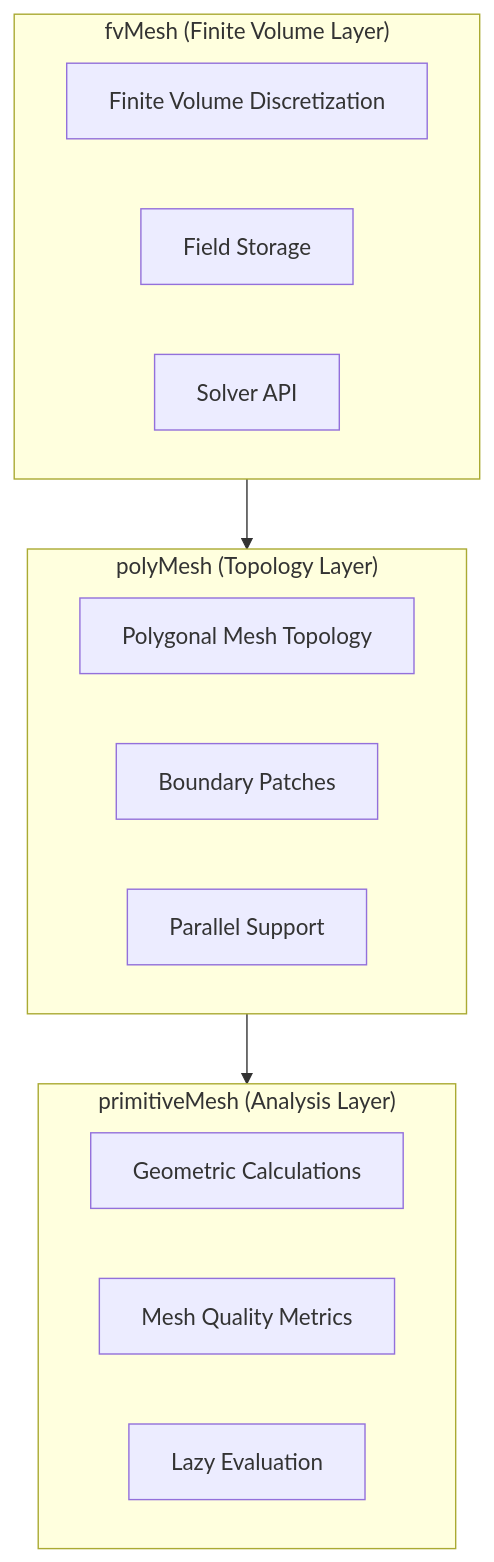
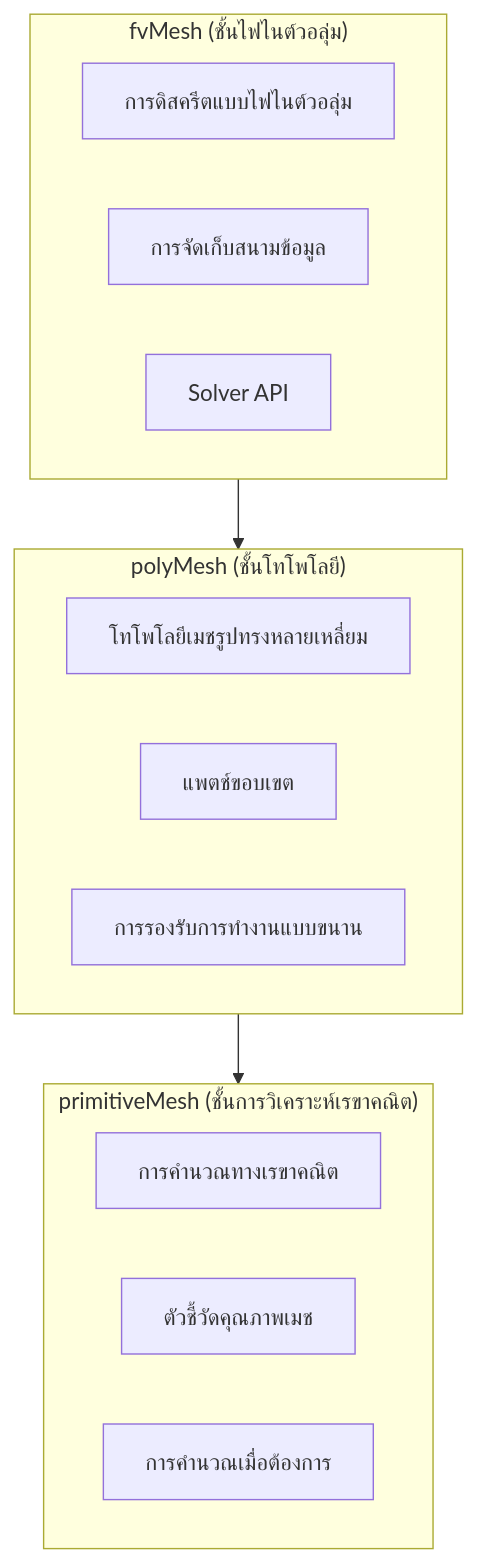
Before and after one commit to wramet/build-my-cfd: the first of 2 diagrams in MODULE_05_OPENFOAM_PROGRAMMING/CONTENT/04_MESH_CLASSES/05_fvMesh.md, drawn with Mermaid. The commit also changed other lines of this file and 104 other files, not shown here.

````diff
--- a/MODULE_05_OPENFOAM_PROGRAMMING/CONTENT/04_MESH_CLASSES/05_fvMesh.md
+++ b/MODULE_05_OPENFOAM_PROGRAMMING/CONTENT/04_MESH_CLASSES/05_fvMesh.md
@@ -16,23 +16,23 @@
 ```mermaid
 flowchart TD
-    subgraph fvMesh["fvMesh (Finite Volume Layer)"]
-        FV1[Finite Volume Discretization]
-        FV2[Field Storage]
+    subgraph fvMesh["fvMesh (ชั้นไฟไนต์วอลุ่ม)"]
+        FV1[การดิสครีตแบบไฟไนต์วอลุ่ม]
+        FV2[การจัดเก็บสนามข้อมูล]
         FV3[Solver API]
     end
 
-    subgraph polyMesh["polyMesh (Topology Layer)"]
-        PM1[Polygonal Mesh Topology]
-        PM2[Boundary Patches]
-        PM3[Parallel Support]
+    subgraph polyMesh["polyMesh (ชั้นโทโพโลยี)"]
+        PM1[โทโพโลยีเมชรูปทรงหลายเหลี่ยม]
+        PM2[แพตช์ขอบเขต]
+        PM3[การรองรับการทำงานแบบขนาน]
     end
 
-    subgraph primitiveMesh["primitiveMesh (Analysis Layer)"]
-        PR1[Geometric Calculations]
-        PR2[Mesh Quality Metrics]
-        PR3[Lazy Evaluation]
+    subgraph primitiveMesh["primitiveMesh (ชั้นการวิเคราะห์เรขาคณิต)"]
+        PR1[การคำนวณทางเรขาคณิต]
+        PR2[ตัวชี้วัดคุณภาพเมช]
+        PR3[การคำนวณเมื่อต้องการ]
     end
 
     fvMesh --> polyMesh
     polyMesh --> primitiveMesh
 ```
````
